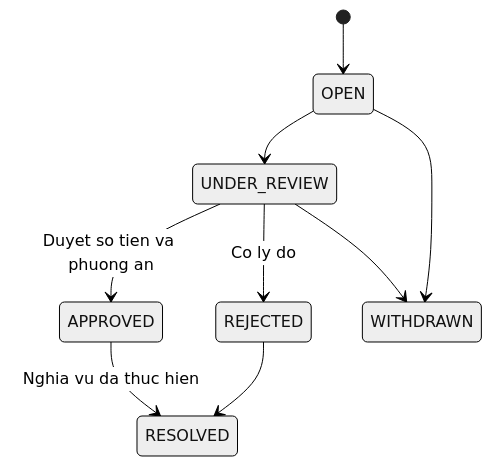
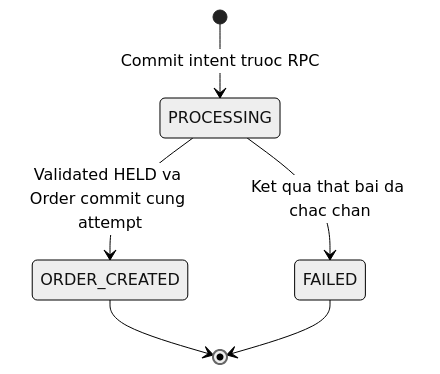
Before and after one commit to quocanh112233/agora-backend: the fourth of 5 diagrams in docs/product/state-machines.md, drawn with Mermaid (neutral theme). The commit also changed other lines of this file and 43 other files, not shown here.

````diff
--- a/docs/product/state-machines.md
+++ b/docs/product/state-machines.md
@@ -172,11 +118,8 @@
 ```mermaid
 stateDiagram-v2
-    [*] --> OPEN
-    OPEN --> UNDER_REVIEW
-    UNDER_REVIEW --> APPROVED: Duyet so tien va phuong an
-    UNDER_REVIEW --> REJECTED: Co ly do
-    OPEN --> WITHDRAWN
-    UNDER_REVIEW --> WITHDRAWN
-    APPROVED --> RESOLVED: Nghia vu da thuc hien
-    REJECTED --> RESOLVED
+    [*] --> PROCESSING: Commit intent truoc RPC
+    PROCESSING --> ORDER_CREATED: Validated HELD va Order commit cung attempt
+    PROCESSING --> FAILED: Ket qua that bai da chac chan
+    ORDER_CREATED --> [*]
+    FAILED --> [*]
 ```
````
